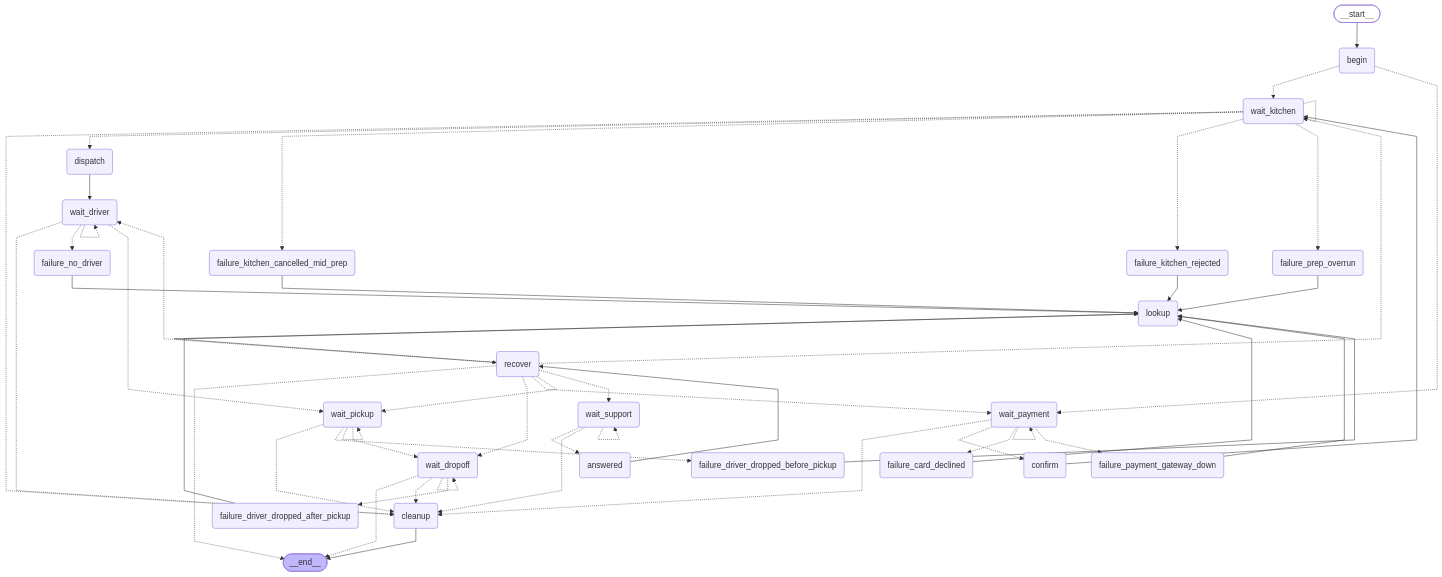
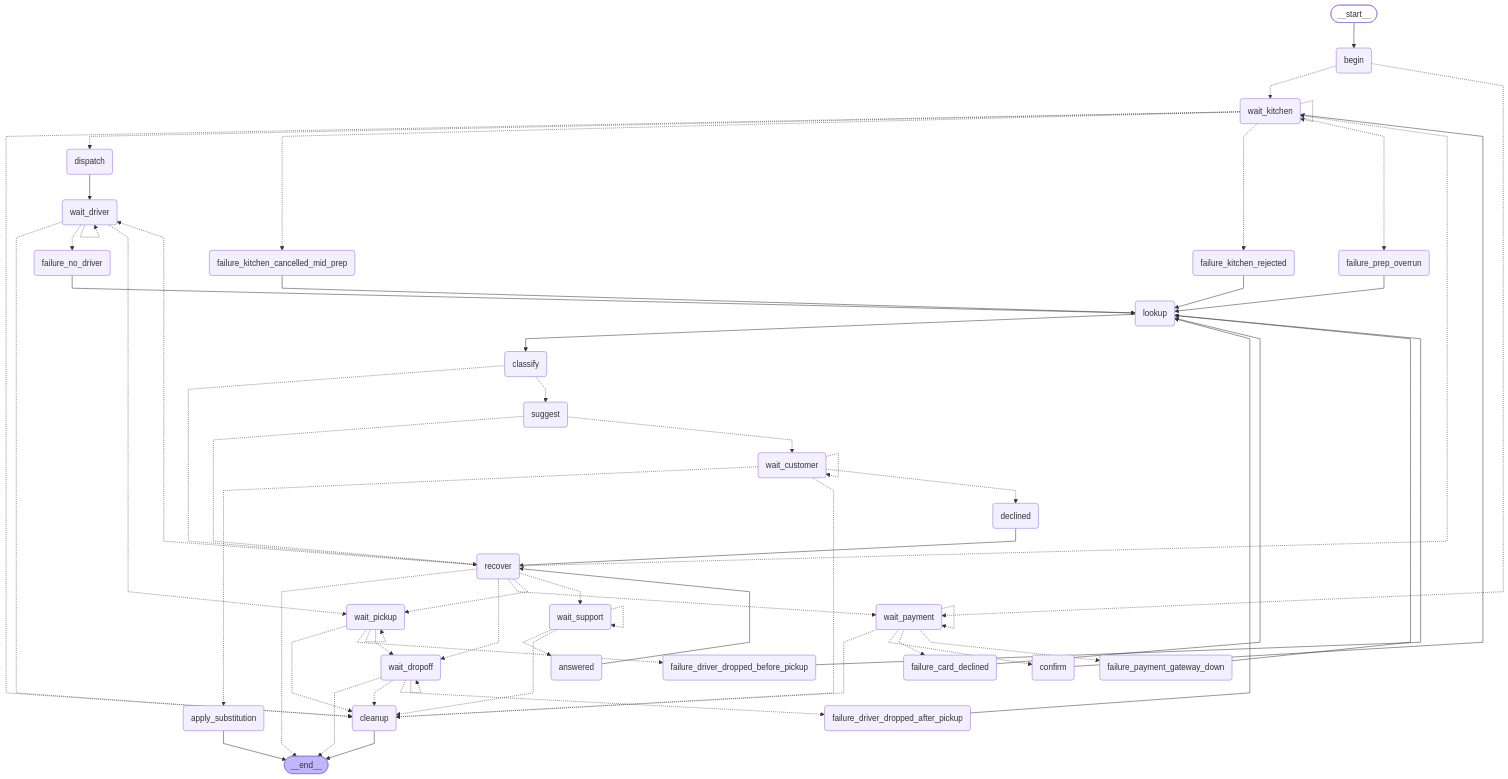
One commit to LangGOAP/foood changed the diagram in foood/langgraph_engine.mmd. Above: the diagram before and after it, drawn with Mermaid. The commit also changed 5 other files, not shown here.

First line of the commit message:
feat(langgraph): classify and suggest nodes for kitchen failures; grounded substitute offers

```diff
--- a/foood/langgraph_engine.mmd
+++ b/foood/langgraph_engine.mmd
@@ -1,81 +1,96 @@
 ---
 config:
   flowchart:
     curve: linear
 ---
 graph TD;
 	__start__([<p>__start__</p>]):::first
 	begin(begin)
 	confirm(confirm)
 	dispatch(dispatch)
 	lookup(lookup)
+	classify(classify)
+	suggest(suggest)
+	declined(declined)
+	apply_substitution(apply_substitution)
 	recover(recover)
 	cleanup(cleanup)
 	answered(answered)
 	wait_payment(wait_payment)
 	wait_kitchen(wait_kitchen)
 	wait_driver(wait_driver)
 	wait_pickup(wait_pickup)
 	wait_dropoff(wait_dropoff)
 	wait_support(wait_support)
+	wait_customer(wait_customer)
 	failure_card_declined(failure_card_declined)
 	failure_payment_gateway_down(failure_payment_gateway_down)
 	failure_kitchen_rejected(failure_kitchen_rejected)
 	failure_kitchen_cancelled_mid_prep(failure_kitchen_cancelled_mid_prep)
 	failure_prep_overrun(failure_prep_overrun)
 	failure_no_driver(failure_no_driver)
 	failure_driver_dropped_before_pickup(failure_driver_dropped_before_pickup)
 	failure_driver_dropped_after_pickup(failure_driver_dropped_after_pickup)
 	__end__([<p>__end__</p>]):::last
 	__start__ --> begin;
 	answered --> recover;
 	begin -.-> wait_kitchen;
 	begin -.-> wait_payment;
+	classify -.-> recover;
+	classify -.-> suggest;
 	confirm --> wait_kitchen;
+	declined --> recover;
 	dispatch --> wait_driver;
 	failure_card_declined --> lookup;
 	failure_driver_dropped_after_pickup --> lookup;
 	failure_driver_dropped_before_pickup --> lookup;
 	failure_kitchen_cancelled_mid_prep --> lookup;
 	failure_kitchen_rejected --> lookup;
 	failure_no_driver --> lookup;
 	failure_payment_gateway_down --> lookup;
 	failure_prep_overrun --> lookup;
-	lookup --> recover;
+	lookup --> classify;
 	recover -.-> __end__;
 	recover -.-> wait_driver;
 	recover -.-> wait_dropoff;
 	recover -.-> wait_kitchen;
 	recover -.-> wait_payment;
 	recover -.-> wait_pickup;
 	recover -.-> wait_support;
+	suggest -.-> recover;
+	suggest -.-> wait_customer;
+	wait_customer -.-> apply_substitution;
+	wait_customer -.-> cleanup;
+	wait_customer -.-> declined;
 	wait_driver -.-> cleanup;
 	wait_driver -.-> failure_no_driver;
 	wait_driver -.-> wait_pickup;
 	wait_dropoff -.-> __end__;
 	wait_dropoff -.-> cleanup;
 	wait_dropoff -.-> failure_driver_dropped_after_pickup;
 	wait_kitchen -.-> cleanup;
 	wait_kitchen -.-> dispatch;
 	wait_kitchen -.-> failure_kitchen_cancelled_mid_prep;
 	wait_kitchen -.-> failure_kitchen_rejected;
 	wait_kitchen -.-> failure_prep_overrun;
 	wait_payment -.-> cleanup;
 	wait_payment -.-> confirm;
 	wait_payment -.-> failure_card_declined;
 	wait_payment -.-> failure_payment_gateway_down;
 	wait_pickup -.-> cleanup;
 	wait_pickup -.-> failure_driver_dropped_before_pickup;
 	wait_pickup -.-> wait_dropoff;
 	wait_support -.-> answered;
 	wait_support -.-> cleanup;
+	apply_substitution --> __end__;
 	cleanup --> __end__;
+	wait_customer -.-> wait_customer;
 	wait_driver -.-> wait_driver;
 	wait_dropoff -.-> wait_dropoff;
 	wait_kitchen -.-> wait_kitchen;
 	wait_payment -.-> wait_payment;
 	wait_pickup -.-> wait_pickup;
 	wait_support -.-> wait_support;
 	classDef default fill:#f2f0ff,line-height:1.2
 	classDef first fill-opacity:0
 	classDef last fill:#bfb6fc
```
